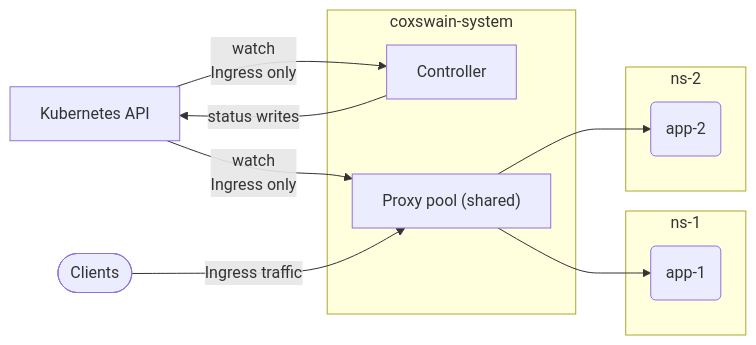
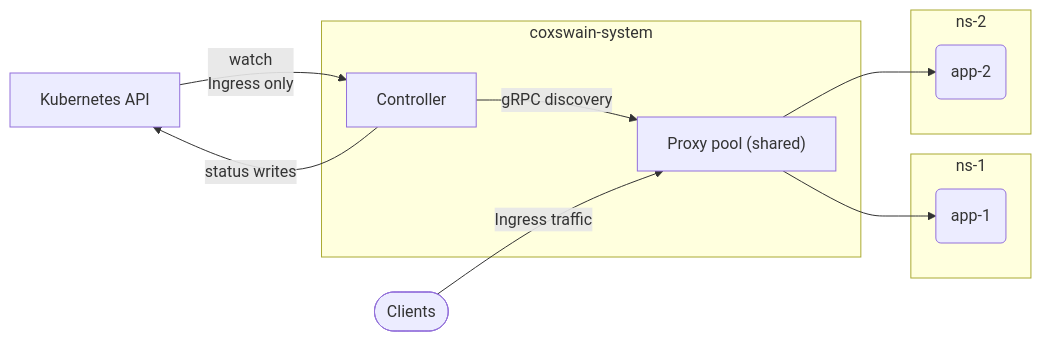
The third of 6 diagrams in docs/src/architecture.md (coxswain-labs/coxswain), drawn with Mermaid before and after one commit. The commit also changed other lines of this file and 15 other files, not shown here.

````diff
--- a/docs/src/architecture.md
+++ b/docs/src/architecture.md
@@ -103,24 +123,24 @@
 ```mermaid
 flowchart LR
     K8s[Kubernetes API]
 
     subgraph cs[coxswain-system]
         C[Controller]
         SP["Proxy pool (shared)"]
     end
 
     subgraph n1[ns-1]
         A1(app-1)
     end
 
     subgraph n2[ns-2]
         A2(app-2)
     end
 
     K8s -->|watch\nIngress only| C
     C -->|status writes| K8s
-    K8s -->|watch\nIngress only| SP
+    C -->|gRPC discovery| SP
 
     Clients([Clients]) -->|Ingress traffic| SP
     SP --> A1 & A2
 ```
````
